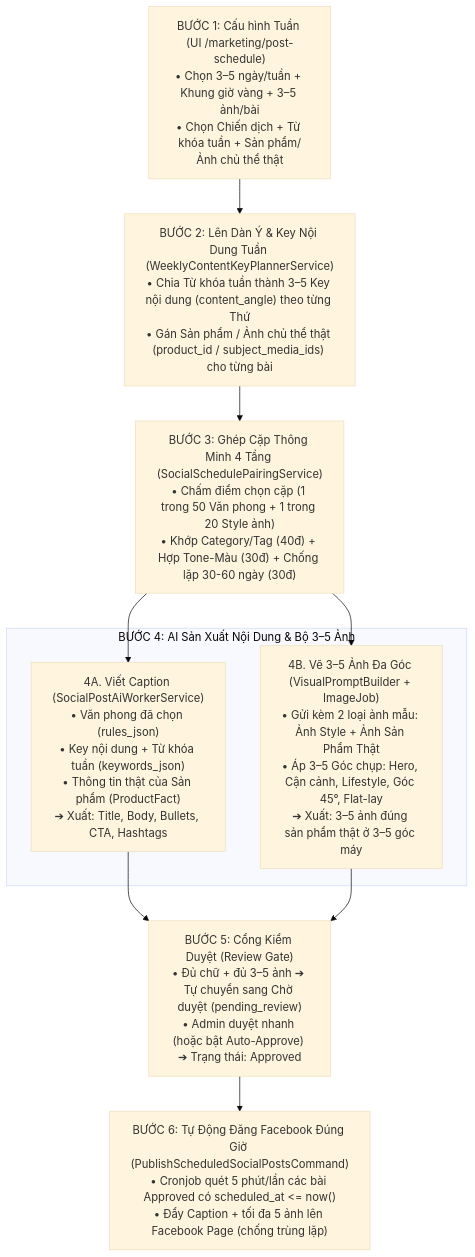
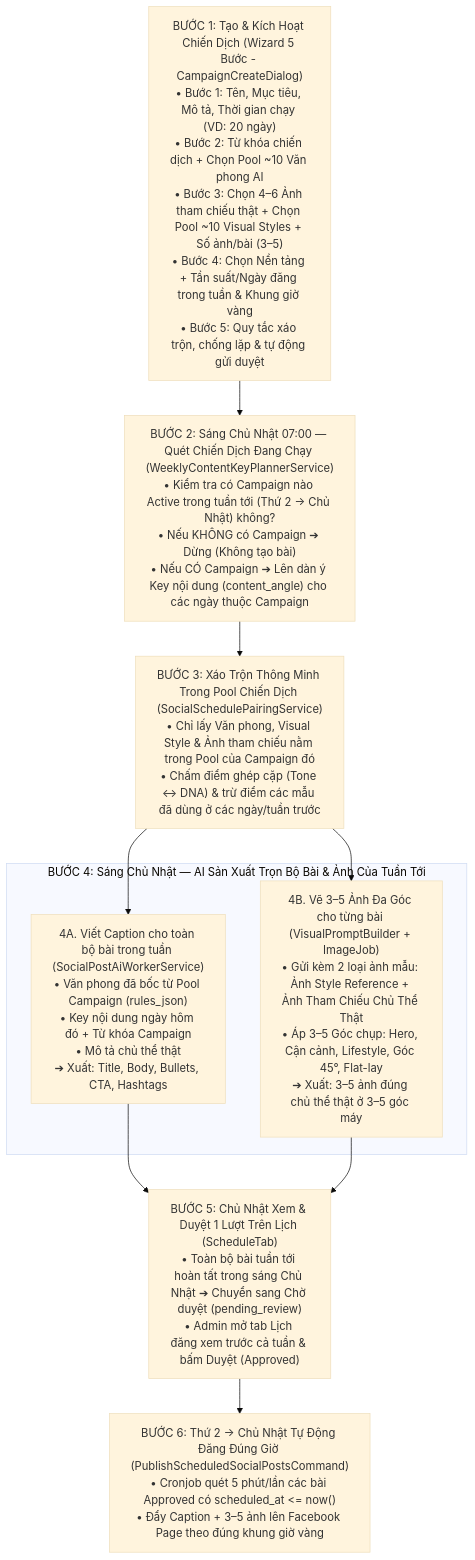
Before and after one commit to phamchitrung05/makert-temlate: the diagram in docs/plans/SOCIAL_POST_WEEKLY_SCHEDULE_PLAN.md, drawn with Mermaid (base theme). The commit also changed other lines of this file and 15 other files, not shown here.

Commit message:
feat(post-schedule): add campaign-driven schedule UI tabs and update weekly schedule plan

````diff
--- a/docs/plans/SOCIAL_POST_WEEKLY_SCHEDULE_PLAN.md
+++ b/docs/plans/SOCIAL_POST_WEEKLY_SCHEDULE_PLAN.md
@@ -36,15 +42,15 @@
 ```mermaid
 flowchart TD
-    B1["BƯỚC 1: Cấu hình Tuần (UI /marketing/post-schedule)\n• Chọn 3–5 ngày/tuần + Khung giờ vàng + 3–5 ảnh/bài\n• Chọn Chiến dịch + Từ khóa tuần + Sản phẩm/Ảnh chủ thể thật"]
-    --> B2["BƯỚC 2: Lên Dàn Ý & Key Nội Dung Tuần (WeeklyContentKeyPlannerService)\n• Chia Từ khóa tuần thành 3–5 Key nội dung (content_angle) theo từng Thứ\n• Gán Sản phẩm / Ảnh chủ thể thật (product_id / subject_media_ids) cho từng bài"]
-    --> B3["BƯỚC 3: Ghép Cặp Thông Minh 4 Tầng (SocialSchedulePairingService)\n• Chấm điểm chọn cặp (1 trong 50 Văn phong + 1 trong 20 Style ảnh)\n• Khớp Category/Tag (40đ) + Hợp Tone-Màu (30đ) + Chống lặp 30-60 ngày (30đ)"]
+    B1["BƯỚC 1: Tạo & Kích Hoạt Chiến Dịch (Wizard 5 Bước - CampaignCreateDialog)\n• Bước 1: Tên, Mục tiêu, Mô tả, Thời gian chạy (VD: 20 ngày)\n• Bước 2: Từ khóa chiến dịch + Chọn Pool ~10 Văn phong AI\n• Bước 3: Chọn 4–6 Ảnh tham chiếu thật + Chọn Pool ~10 Visual Styles + Số ảnh/bài (3–5)\n• Bước 4: Chọn Nền tảng + Tần suất/Ngày đăng trong tuần & Khung giờ vàng\n• Bước 5: Quy tắc xáo trộn, chống lặp & tự động gửi duyệt"]
+    --> B2["BƯỚC 2: Sáng Chủ Nhật 07:00 — Quét Chiến Dịch Đang Chạy (WeeklyContentKeyPlannerService)\n• Kiểm tra có Campaign nào Active trong tuần tới (Thứ 2 → Chủ Nhật) không?\n• Nếu KHÔNG có Campaign ➔ Dừng (Không tạo bài)\n• Nếu CÓ Campaign ➔ Lên dàn ý Key nội dung (content_angle) cho các ngày thuộc Campaign"]
+    --> B3["BƯỚC 3: Xáo Trộn Thông Minh Trong Pool Chiến Dịch (SocialSchedulePairingService)\n• Chỉ lấy Văn phong, Visual Style & Ảnh tham chiếu nằm trong Pool của Campaign đó\n• Chấm điểm ghép cặp (Tone ↔ DNA) & trừ điểm các mẫu đã dùng ở các ngày/tuần trước"]
     --> B4A & B4B
 
-    subgraph B4["BƯỚC 4: AI Sản Xuất Nội Dung & Bộ 3–5 Ảnh"]
-        B4A["4A. Viết Caption (SocialPostAiWorkerService)\n• Văn phong đã chọn (rules_json)\n• Key nội dung + Từ khóa tuần (keywords_json)\n• Thông tin thật của Sản phẩm (ProductFact)\n➔ Xuất: Title, Body, Bullets, CTA, Hashtags"]
-        B4B["4B. Vẽ 3–5 Ảnh Đa Góc (VisualPromptBuilder + ImageJob)\n• Gửi kèm 2 loại ảnh mẫu: Ảnh Style + Ảnh Sản Phẩm Thật\n• Áp 3–5 Góc chụp: Hero, Cận cảnh, Lifestyle, Góc 45°, Flat-lay\n➔ Xuất: 3–5 ảnh đúng sản phẩm thật ở 3–5 góc máy"]
+    subgraph B4["BƯỚC 4: Sáng Chủ Nhật — AI Sản Xuất Trọn Bộ Bài & Ảnh Của Tuần Tới"]
+        B4A["4A. Viết Caption cho toàn bộ bài trong tuần (SocialPostAiWorkerService)\n• Văn phong đã bốc từ Pool Campaign (rules_json)\n• Key nội dung ngày hôm đó + Từ khóa Campaign\n• Mô tả chủ thể thật\n➔ Xuất: Title, Body, Bullets, CTA, Hashtags"]
+        B4B["4B. Vẽ 3–5 Ảnh Đa Góc cho từng bài (VisualPromptBuilder + ImageJob)\n• Gửi kèm 2 loại ảnh mẫu: Ảnh Style Reference + Ảnh Tham Chiếu Chủ Thể Thật\n• Áp 3–5 Góc chụp: Hero, Cận cảnh, Lifestyle, Góc 45°, Flat-lay\n➔ Xuất: 3–5 ảnh đúng chủ thể thật ở 3–5 góc máy"]
     end
 
-    B4A & B4B --> B5["BƯỚC 5: Cổng Kiểm Duyệt (Review Gate)\n• Đủ chữ + đủ 3–5 ảnh ➔ Tự chuyển sang Chờ duyệt (pending_review)\n• Admin duyệt nhanh (hoặc bật Auto-Approve) ➔ Trạng thái: Approved"]
-    --> B6["BƯỚC 6: Tự Động Đăng Facebook Đúng Giờ (PublishScheduledSocialPostsCommand)\n• Cronjob quét 5 phút/lần các bài Approved có scheduled_at <= now()\n• Đẩy Caption + tối đa 5 ảnh lên Facebook Page (chống trùng lặp)"]
+    B4A & B4B --> B5["BƯỚC 5: Chủ Nhật Xem & Duyệt 1 Lượt Trên Lịch (ScheduleTab)\n• Toàn bộ bài tuần tới hoàn tất trong sáng Chủ Nhật ➔ Chuyển sang Chờ duyệt (pending_review)\n• Admin mở tab Lịch đăng xem trước cả tuần & bấm Duyệt (Approved)"]
+    --> B6["BƯỚC 6: Thứ 2 → Chủ Nhật Tự Động Đăng Đúng Giờ (PublishScheduledSocialPostsCommand)\n• Cronjob quét 5 phút/lần các bài Approved có scheduled_at <= now()\n• Đẩy Caption + 3–5 ảnh lên Facebook Page theo đúng khung giờ vàng"]
 ```
````
